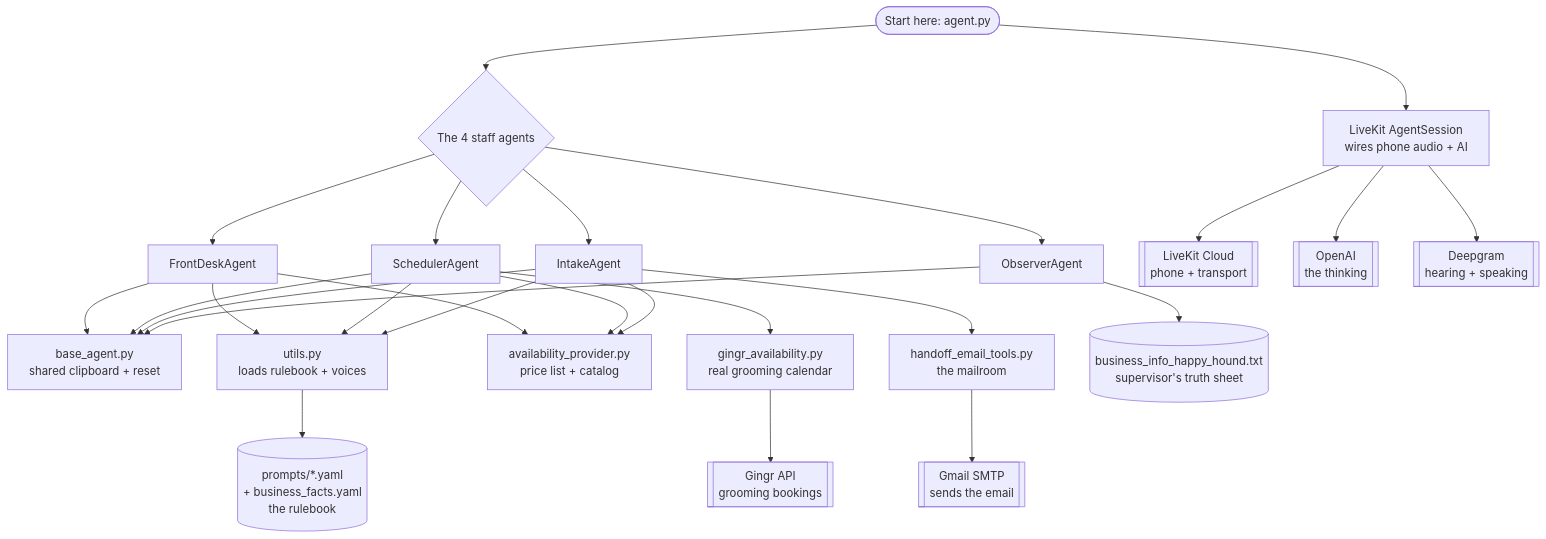
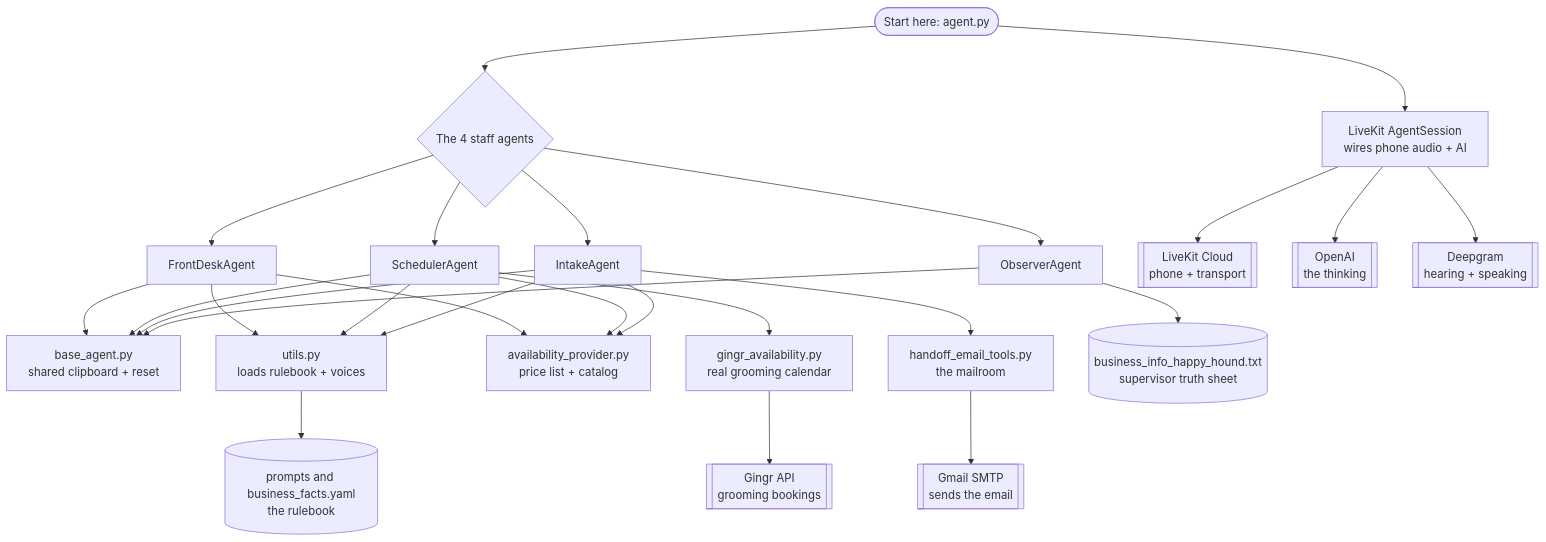
Before and after one commit to AnsImran/voice_agent: the second of 3 diagrams in README.md, drawn with Mermaid. The commit also changed other lines of this file, not shown here.

First line of the commit message:
Fix Mermaid render errors in README diagrams

````diff
--- a/README.md
+++ b/README.md
@@ -96,36 +96,36 @@
 ```mermaid
 graph TD
-    START([Start here: agent.py])
+    START(["Start here: agent.py"])
 
-    START --> SESS[LiveKit AgentSession\nwires phone audio + AI]
-    START --> AGENTS{The 4 staff agents}
+    START --> SESS["LiveKit AgentSession<br/>wires phone audio + AI"]
+    START --> AGENTS{"The 4 staff agents"}
 
-    AGENTS --> FD[FrontDeskAgent]
-    AGENTS --> SC[SchedulerAgent]
-    AGENTS --> IN[IntakeAgent]
-    AGENTS --> OB[ObserverAgent]
+    AGENTS --> FD["FrontDeskAgent"]
+    AGENTS --> SC["SchedulerAgent"]
+    AGENTS --> IN["IntakeAgent"]
+    AGENTS --> OB["ObserverAgent"]
 
-    FD --> BASE[base_agent.py\nshared clipboard + reset]
+    FD --> BASE["base_agent.py<br/>shared clipboard + reset"]
     SC --> BASE
     IN --> BASE
     OB --> BASE
 
-    FD --> UTILS[utils.py\nloads rulebook + voices]
+    FD --> UTILS["utils.py<br/>loads rulebook + voices"]
     SC --> UTILS
     IN --> UTILS
 
-    FD --> CAT[availability_provider.py\nprice list + catalog]
+    FD --> CAT["availability_provider.py<br/>price list + catalog"]
     SC --> CAT
     IN --> CAT
-    SC --> GINGR[gingr_availability.py\nreal grooming calendar]
-    IN --> MAIL[handoff_email_tools.py\nthe mailroom]
+    SC --> GINGR["gingr_availability.py<br/>real grooming calendar"]
+    IN --> MAIL["handoff_email_tools.py<br/>the mailroom"]
 
-    UTILS --> RULES[(prompts/*.yaml\n+ business_facts.yaml\nthe rulebook)]
-    OB --> FACTS[(business_info_happy_hound.txt\nsupervisor's truth sheet)]
+    UTILS --> RULES[("prompts and business_facts.yaml<br/>the rulebook")]
+    OB --> FACTS[("business_info_happy_hound.txt<br/>supervisor truth sheet")]
 
-    SESS --> LK[[LiveKit Cloud\nphone + transport]]
-    SESS --> LLM[[OpenAI\nthe thinking]]
-    SESS --> DG[[Deepgram\nhearing + speaking]]
-    GINGR --> GAPI[[Gingr API\ngrooming bookings]]
-    MAIL --> SMTP[[Gmail SMTP\nsends the email]]
+    SESS --> LK[["LiveKit Cloud<br/>phone + transport"]]
+    SESS --> LLM[["OpenAI<br/>the thinking"]]
+    SESS --> DG[["Deepgram<br/>hearing + speaking"]]
+    GINGR --> GAPI[["Gingr API<br/>grooming bookings"]]
+    MAIL --> SMTP[["Gmail SMTP<br/>sends the email"]]
 ```
````
